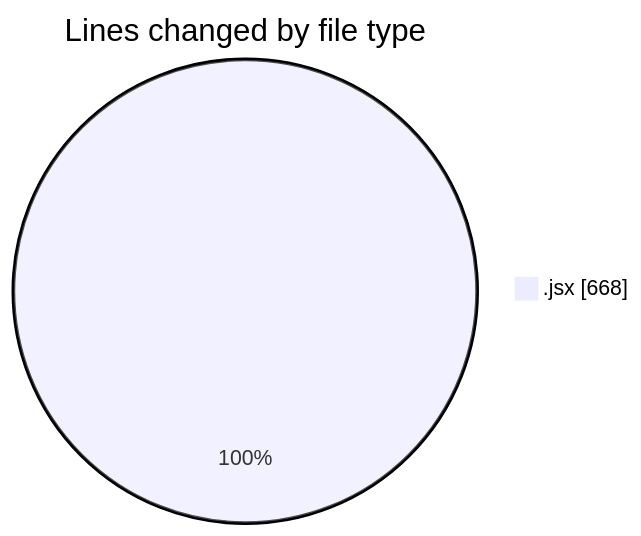
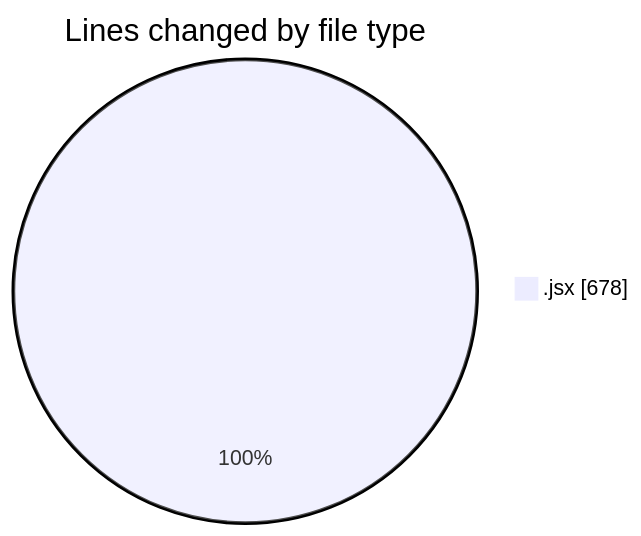
One commit to nxtqubesakshisongat/code-tracking changed the first of 2 diagrams in 2025-05-09/argos-dev/README.md. Above: the diagram before and after it, drawn with Mermaid. The commit also changed other lines of this file and 1 other file, not shown here.

````diff
--- a/2025-05-09/argos-dev/README.md
+++ b/2025-05-09/argos-dev/README.md
@@ -21,5 +21,5 @@
 ```mermaid
 pie showData
 title Lines changed by file type
-".jsx" : 668
+".jsx" : 678
 ```
````
